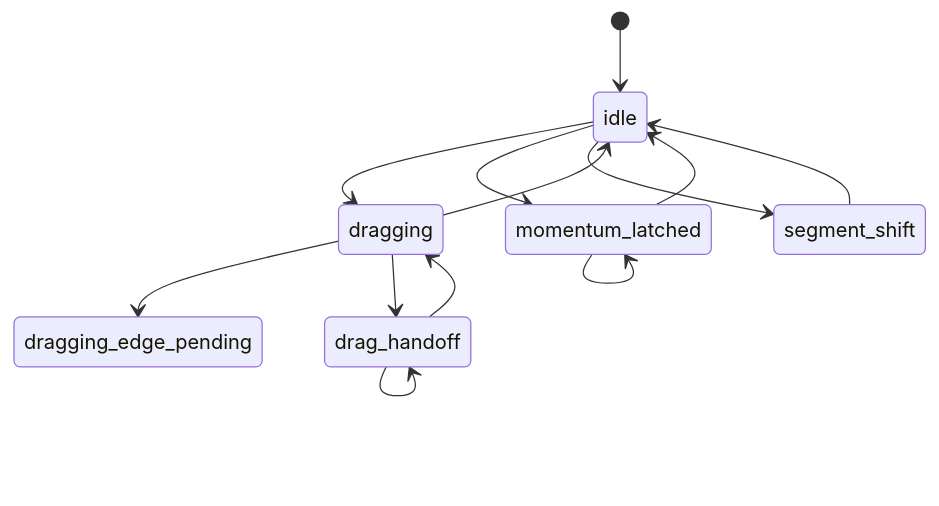
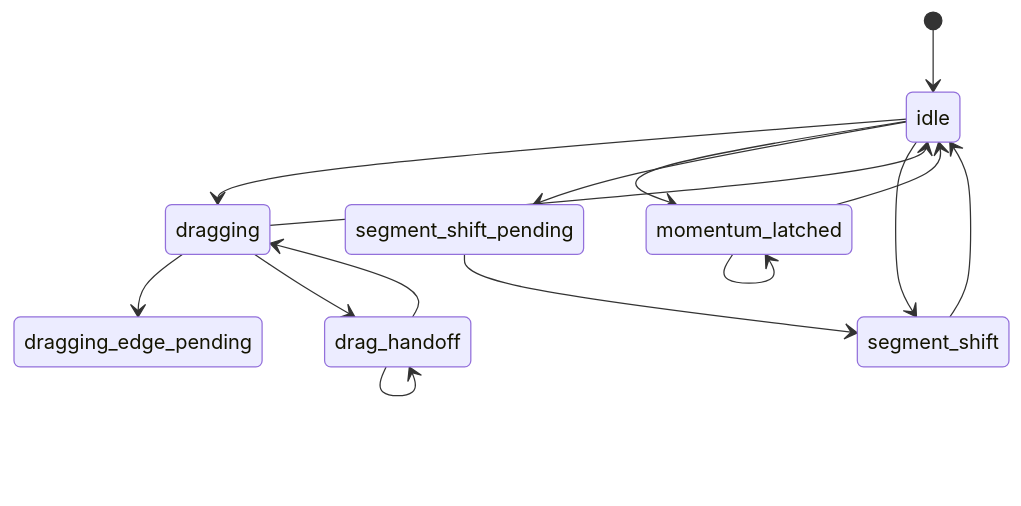
One commit to LouisGo/XMessageList changed diagram 12 of 20 in docs/architecture/runtime-next-state-machines.md. Above: the diagram before and after it, drawn with Mermaid. The commit also changed other lines of this file and 18 other files, not shown here.

````diff
--- a/docs/architecture/runtime-next-state-machines.md
+++ b/docs/architecture/runtime-next-state-machines.md
@@ -332,17 +336,19 @@
 ```mermaid
 stateDiagram-v2
     [*] --> idle
     idle --> dragging
     dragging --> dragging_edge_pending
     dragging --> drag_handoff
     drag_handoff --> drag_handoff
     drag_handoff --> dragging
     dragging --> idle
 
     idle --> momentum_latched
     momentum_latched --> momentum_latched
     momentum_latched --> idle
 
+    idle --> segment_shift_pending
+    segment_shift_pending --> segment_shift
     idle --> segment_shift
     segment_shift --> idle
 ```
````
